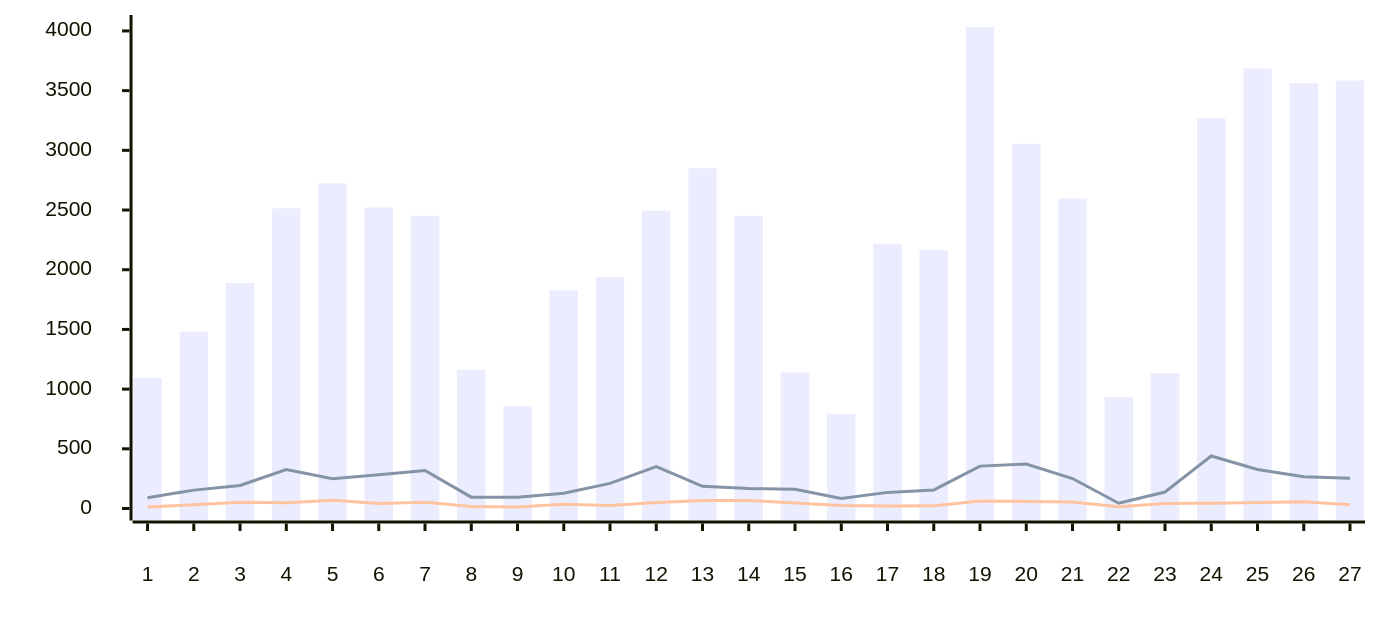
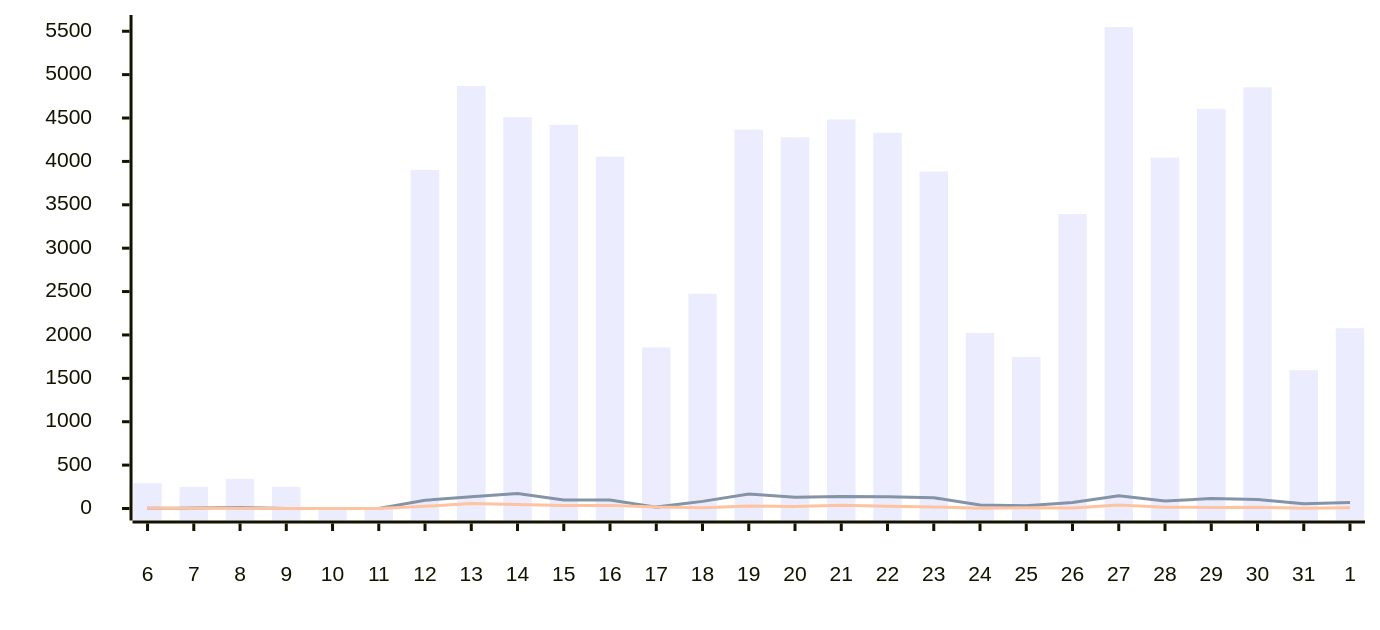
One commit to austenstone/copilot-usage changed the ninth of 11 diagrams in __tests__/mock/sample-output.md. Above: the diagram before and after it, drawn with Mermaid. The commit also changed other lines of this file and 6 other files, not shown here.

````diff
--- a/__tests__/mock/sample-output.md
+++ b/__tests__/mock/sample-output.md
@@ -202,22 +202,22 @@
 ```mermaid
 ---
 config:
     xyChart:
         width: 900
         height: 400
         xAxis:
             labelPadding: 20
         yAxis:
             labelPadding: 20
     themeVariables:
         xyChart:
             backgroundColor: "transparent"
 ---
 xychart-beta
 
-  x-axis  [1, 2, 3, 4, 5, 6, 7, 8, 9, 10, 11, 12, 13, 14, 15, 16, 17, 18, 19, 20, 21, 22, 23, 24, 25, 26, 27]
-  y-axis  0 --> 4033
-bar  [1095, 1482, 1889, 2514, 2724, 2521, 2452, 1162, 858, 1827, 1938, 2495, 2851, 2451, 1139, 793, 2218, 2163, 4033, 3054, 2596, 933, 1133, 3267, 3685, 3562, 3585]
-line  [90, 154, 193, 326, 250, 282, 318, 95, 95, 128, 210, 351, 186, 168, 162, 83, 135, 155, 355, 372, 251, 44, 138, 440, 327, 266, 253]
-line  [12, 32, 52, 49, 70, 42, 52, 17, 12, 35, 25, 50, 67, 68, 47, 26, 21, 22, 63, 58, 54, 14, 41, 45, 51, 56, 31]
+  x-axis  [6, 7, 8, 9, 10, 11, 12, 13, 14, 15, 16, 17, 18, 19, 20, 21, 22, 23, 24, 25, 26, 27, 28, 29, 30, 31, 1]
+  y-axis  0 --> 5549
+bar  [291, 249, 342, 250, 4, 0, 3902, 4870, 4510, 4423, 4055, 1857, 2475, 4366, 4277, 4483, 4330, 3884, 2024, 1747, 3394, 5549, 4044, 4606, 4854, 1594, 2078]
+line  [2, 5, 12, 1, 0, 0, 95, 135, 173, 97, 99, 16, 82, 167, 129, 139, 134, 124, 41, 33, 70, 148, 87, 114, 103, 55, 70]
+line  [3, 4, 2, 0, 0, 0, 25, 57, 46, 36, 36, 16, 10, 29, 24, 37, 26, 18, 4, 8, 6, 39, 15, 12, 14, 3, 10]
 ```
````
